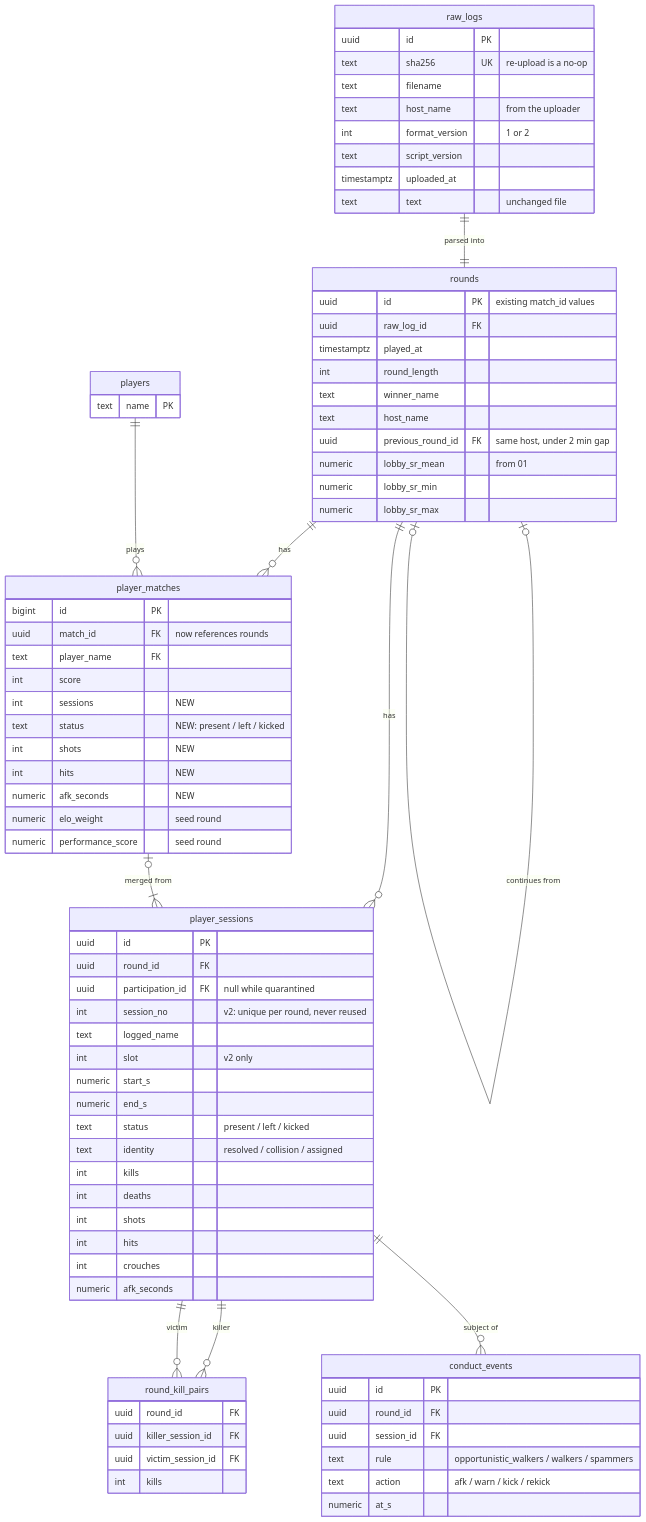
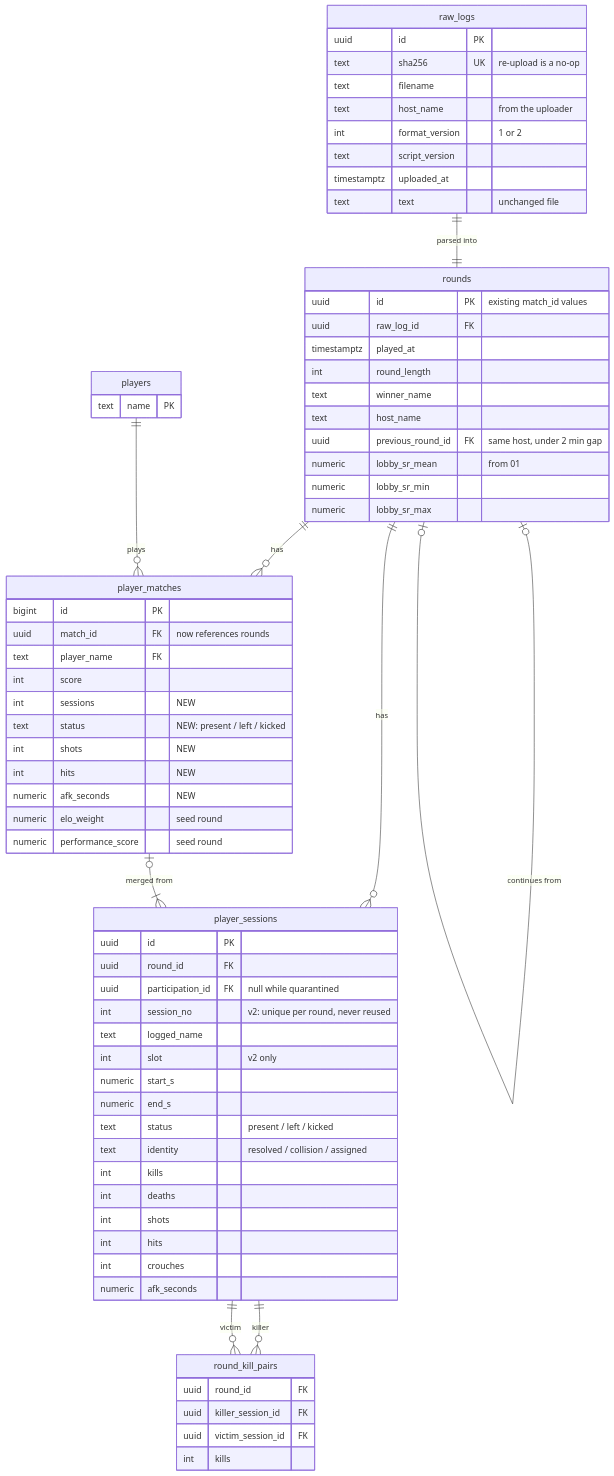
One commit to jh1909/widowhs changed the first of 2 diagrams in docs/schema.md. Above: the diagram before and after it, drawn with Mermaid. The commit also changed other lines of this file and 6 other files, not shown here.

```diff
--- a/docs/schema.md
+++ b/docs/schema.md
@@ -20,7 +19,6 @@
   player_matches |o--|{ player_sessions : "merged from"
   player_sessions ||--o{ round_kill_pairs : "killer"
   player_sessions ||--o{ round_kill_pairs : "victim"
-  player_sessions ||--o{ conduct_events : "subject of"
   players ||--o{ player_matches : "plays"
 
   raw_logs {
@@ -82,14 +80,6 @@
     uuid victim_session_id FK
     int kills
   }
-  conduct_events {
-    uuid id PK
-    uuid round_id FK
-    uuid session_id FK
-    text rule "opportunistic_walkers / walkers / spammers"
-    text action "afk / warn / kick / rekick"
-    numeric at_s
-  }
   players {
     text name PK
   }
```
